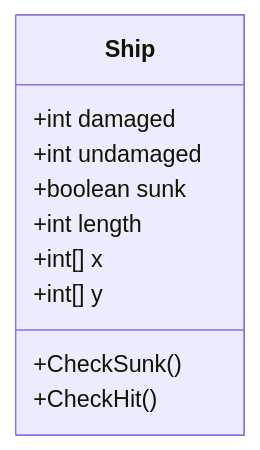
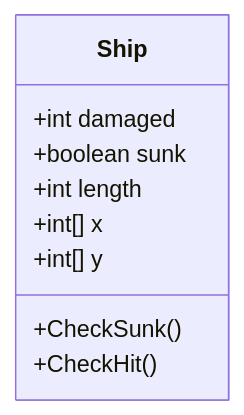
Before and after one commit to Jackpang-kings/Battleships: the first of 3 diagrams in README.md, drawn with Mermaid. The commit also changed other lines of this file and 11 other files, not shown here.

````diff
--- a/README.md
+++ b/README.md
@@ -11,23 +11,21 @@
 ```mermaid
 
 classDiagram
 
     class Ship{
 
         +int damaged
-
-        +int undamaged
 
         +boolean sunk
 
         +int length
 
         +int[] x
 
         +int[] y
 
         +CheckSunk()
 		+CheckHit()
     }
 
 ```
````
